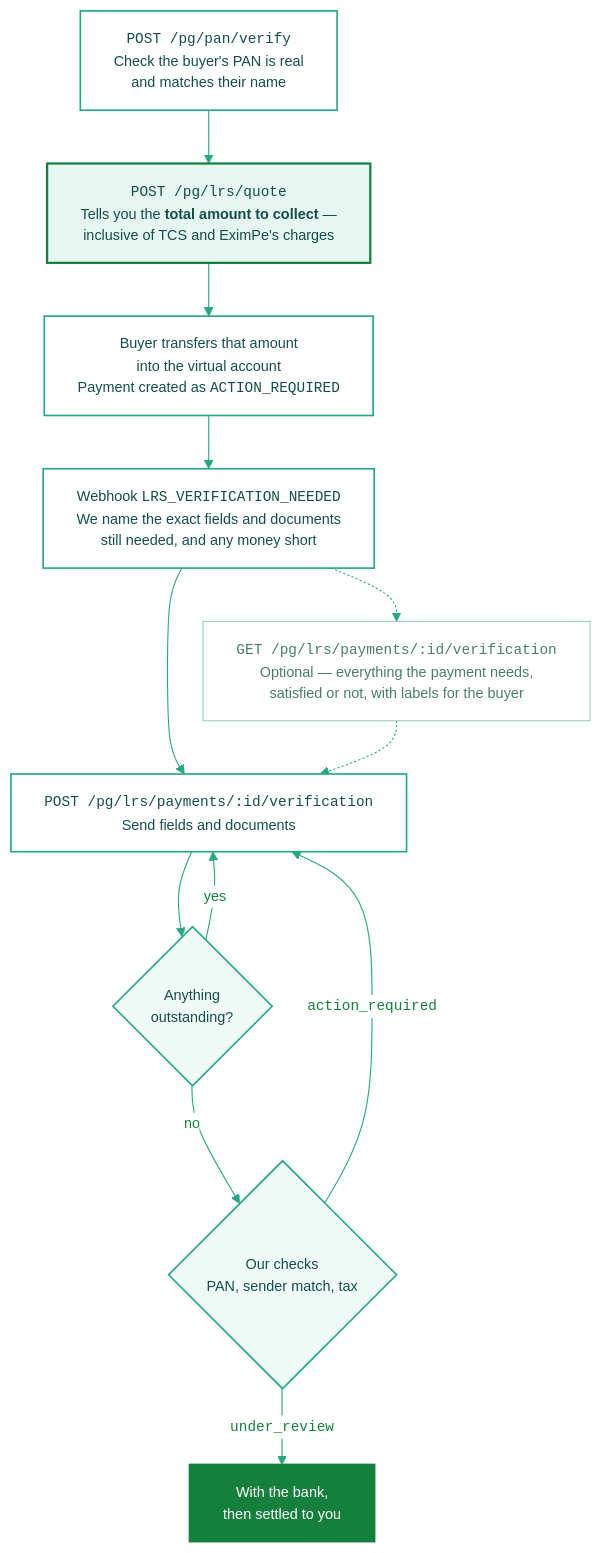
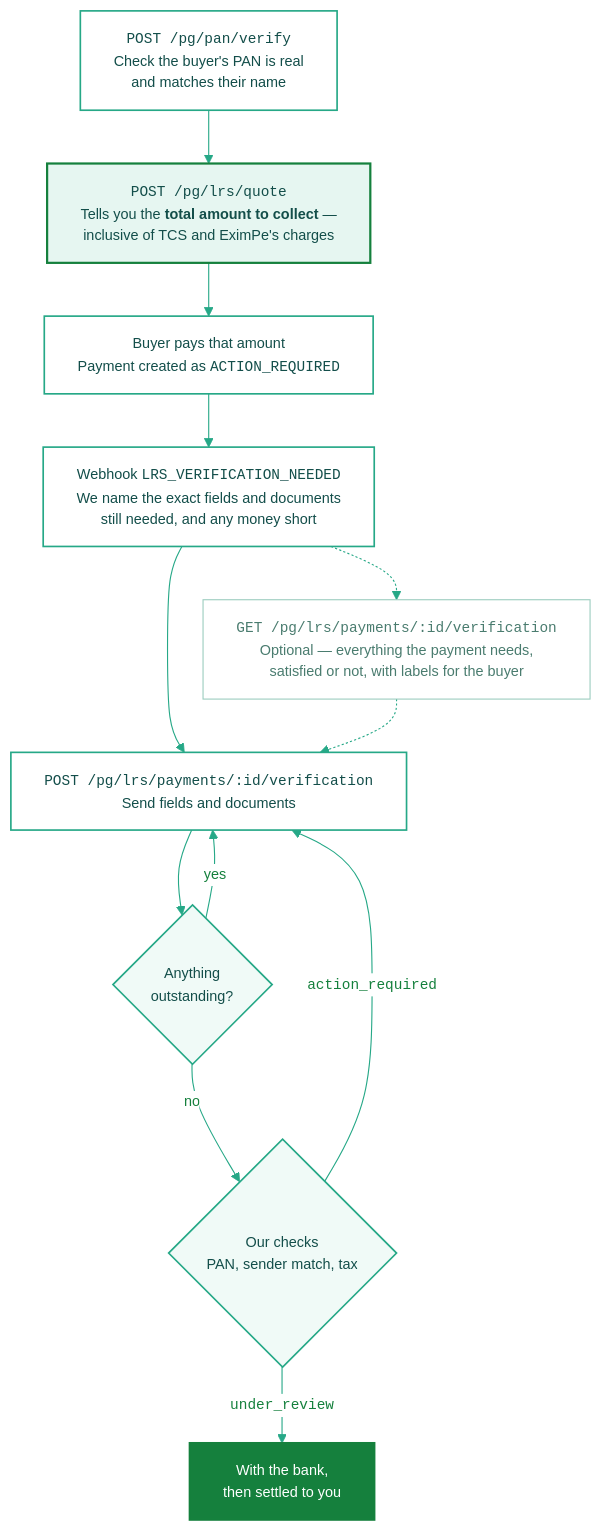
Before and after one commit to akhil-kumar-mg-mint/docs: the diagram in integration-guide/v3/web-integration/lrs-verification.mdx, drawn with Mermaid. The commit also changed 2 other files, not shown here.

Commit message:
docs(v3): make how-the-money-arrives an axis, not an assumption
Four places asserted the virtual account as the only route. Other Indian payment
methods are coming, so the guide now names the axis and puts today's single method
in it, the same way the purpose-code section handles education and travel.

The invariant is the useful part and it is now stated: the method only decides how
the money arrives. Once a payment exists it behaves the same whichever route it
came by — same statuses, same webhooks, same compliance step, same settlement — so
adding a method later does not change an integration already built.

The LRS chart node drops 'into the virtual account'; that flow genuinely does not
care how the money got there.

````diff
--- a/integration-guide/v3/web-integration/lrs-verification.mdx
+++ b/integration-guide/v3/web-integration/lrs-verification.mdx
@@ -20,47 +20,47 @@
 ```mermaid
 %%{init: {
   "theme": "base",
   "themeVariables": {
     "fontFamily": "ui-sans-serif, system-ui, -apple-system, sans-serif",
     "fontSize": "13px",
     "primaryColor": "#ffffff",
     "primaryTextColor": "#15803d",
     "primaryBorderColor": "#26a887",
     "lineColor": "#26a887",
     "tertiaryColor": "#ffffff",
     "edgeLabelBackground": "#ffffff"
   },
   "flowchart": { "curve": "basis", "htmlLabels": true, "wrappingWidth": 340, "nodeSpacing": 44, "rankSpacing": 48 }
 }}%%
 flowchart TD
     A["<code>POST /pg/pan/verify</code><br/>Check the buyer's PAN is real<br/>and matches their name"]
     B["<code>POST /pg/lrs/quote</code><br/>Tells you the <b>total amount to collect</b> —<br/>inclusive of TCS and EximPe's charges"]
-    C["Buyer transfers that amount<br/>into the virtual account<br/>Payment created as <code>ACTION_REQUIRED</code>"]
+    C["Buyer pays that amount<br/>Payment created as <code>ACTION_REQUIRED</code>"]
     D["Webhook <code>LRS_VERIFICATION_NEEDED</code><br/>We name the exact fields and documents<br/>still needed, and any money short"]
     E["<code>POST /pg/lrs/payments/:id/verification</code><br/>Send fields and documents"]
     F{"Anything<br/>outstanding?"}
     G{"Our checks<br/>PAN, sender match, tax"}
     H["With the bank,<br/>then settled to you"]
     X["<code>GET /pg/lrs/payments/:id/verification</code><br/>Optional — everything the payment needs,<br/>satisfied or not, with labels for the buyer"]
 
     A --> B --> C --> D --> E --> F
     F -- "yes" --> E
     F -- "no" --> G
     G -- "<code>action_required</code>" --> E
     G -- "<code>under_review</code>" --> H
     D -.-> X
     X -.-> E
 
     classDef step fill:#ffffff,stroke:#26a887,stroke-width:1.5px,color:#134e4a
     classDef gate fill:#f0faf7,stroke:#26a887,stroke-width:1.5px,color:#134e4a
     classDef emphasis fill:#e6f6f1,stroke:#15803d,stroke-width:2px,color:#134e4a
     classDef done fill:#15803d,stroke:#15803d,stroke-width:2px,color:#ffffff
     classDef aside fill:#ffffff,stroke:#9ccdbf,stroke-width:1px,color:#4a7c6f
 
     class A,C,D,E step
     class B emphasis
     class F,G gate
     class H done
     class X aside
 
 ```
````
